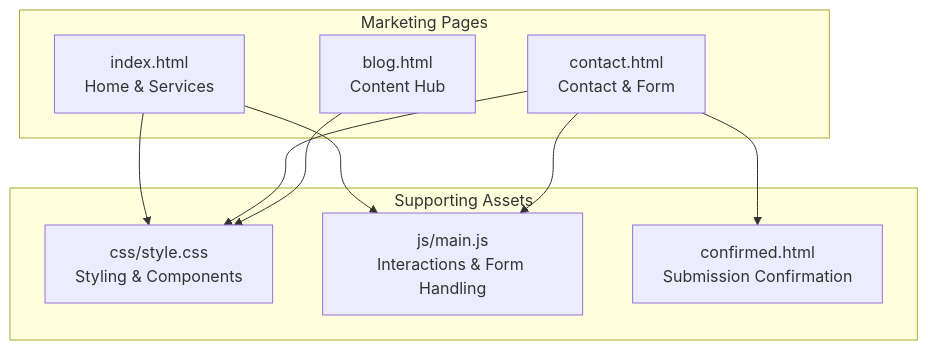
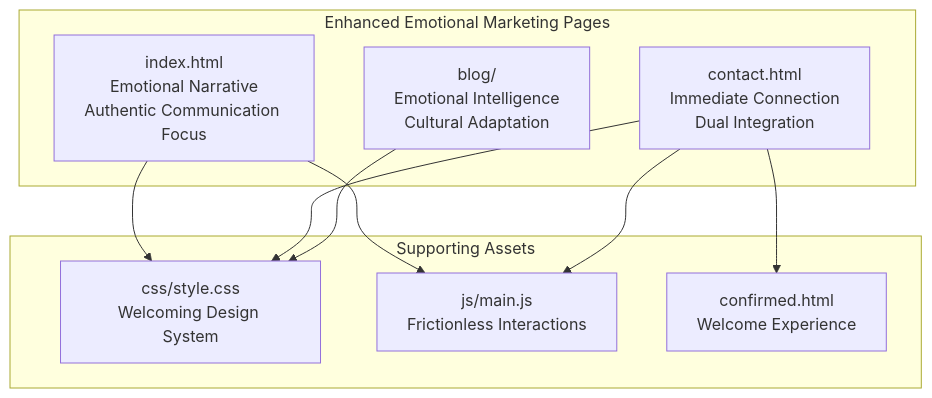
One commit to lynchip/graduates changed the first of 8 diagrams in .qoder/repowiki/en/content/Project Overview/Marketing Approach & Conversion Strategy.md. Above: the diagram before and after it, drawn with Mermaid. The commit also changed other lines of this file and 12 other files, not shown here.

````diff
--- a/.qoder/repowiki/en/content/Project Overview/Marketing Approach & Conversion Strategy.md
+++ b/.qoder/repowiki/en/content/Project Overview/Marketing Approach & Conversion Strategy.md
@@ -36,19 +48,19 @@
 ```mermaid
 graph TB
-subgraph "Marketing Pages"
-A["index.html<br/>Home & Services"]
-B["contact.html<br/>Contact & Form"]
-C["blog.html<br/>Content Hub"]
+subgraph "Enhanced Emotional Marketing Pages"
+A["index.html<br/>Emotional Narrative<br/>Authentic Communication Focus"]
+B["contact.html<br/>Immediate Connection<br/>Dual Integration"]
+C["blog/<br/>Emotional Intelligence<br/>Cultural Adaptation"]
 end
 subgraph "Supporting Assets"
-D["css/style.css<br/>Styling & Components"]
-E["js/main.js<br/>Interactions & Form Handling"]
-F["confirmed.html<br/>Submission Confirmation"]
+D["css/style.css<br/>Welcoming Design System"]
+E["js/main.js<br/>Frictionless Interactions"]
+F["confirmed.html<br/>Welcome Experience"]
 end
 A --> D
 B --> D
 C --> D
 A --> E
 B --> E
 B --> F
 ```
````
